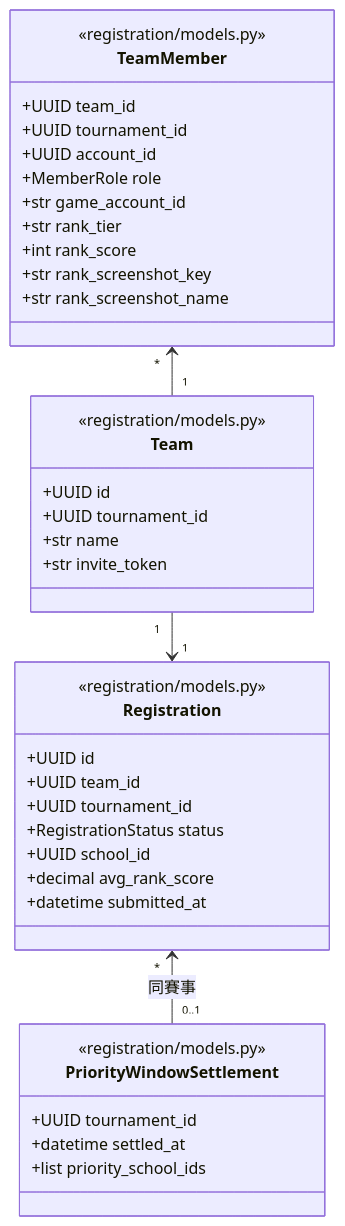
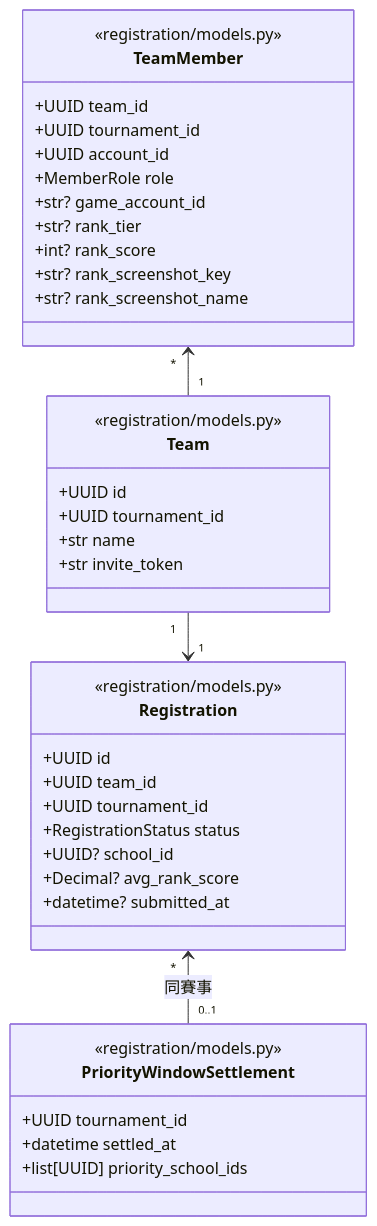
One commit to Team14good/esport-platform changed the eighth of 15 diagrams in docs/midterm/D-物件設計文件.md. Above: the diagram before and after it, drawn with Mermaid. The commit also changed other lines of this file and 27 other files, not shown here.

First line of the commit message:
docs: B、C、D 其餘的圖全部對照程式標註 (#92)

````diff
--- a/docs/midterm/D-物件設計文件.md
+++ b/docs/midterm/D-物件設計文件.md
@@ -382,41 +410,41 @@
 ```mermaid
 classDiagram
   class Team {
     <<registration/models.py>>
     +UUID id
     +UUID tournament_id
     +str name
     +str invite_token
   }
   class TeamMember {
     <<registration/models.py>>
     +UUID team_id
     +UUID tournament_id
     +UUID account_id
     +MemberRole role
-    +str game_account_id
-    +str rank_tier
-    +int rank_score
-    +str rank_screenshot_key
-    +str rank_screenshot_name
+    +str? game_account_id
+    +str? rank_tier
+    +int? rank_score
+    +str? rank_screenshot_key
+    +str? rank_screenshot_name
   }
   class Registration {
     <<registration/models.py>>
     +UUID id
     +UUID team_id
     +UUID tournament_id
     +RegistrationStatus status
-    +UUID school_id
-    +decimal avg_rank_score
-    +datetime submitted_at
+    +UUID? school_id
+    +Decimal? avg_rank_score
+    +datetime? submitted_at
   }
   class PriorityWindowSettlement {
     <<registration/models.py>>
     +UUID tournament_id
     +datetime settled_at
-    +list priority_school_ids
+    +list[UUID] priority_school_ids
   }
   TeamMember "*" <-- "1" Team
   Team "1" --> "1" Registration
   Registration "*" <-- "0..1" PriorityWindowSettlement : 同賽事
 ```
````
